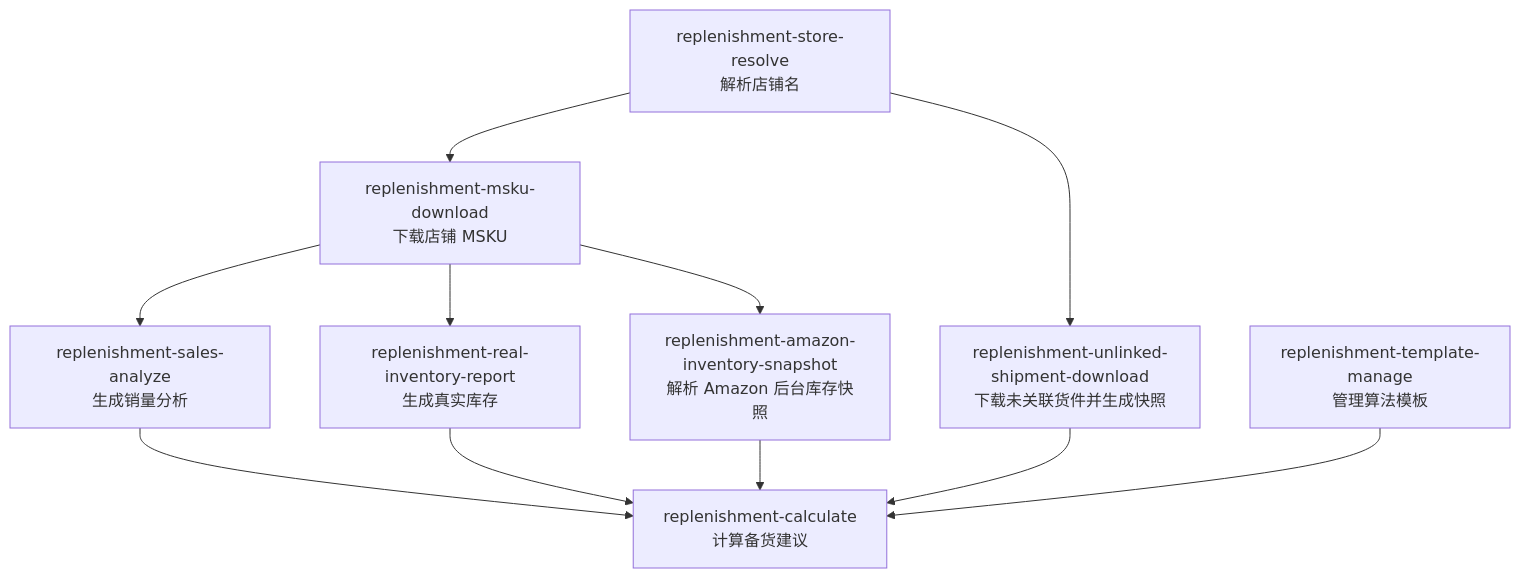
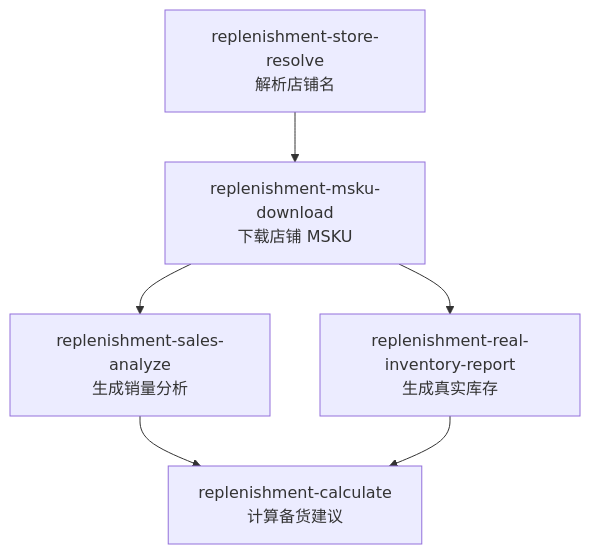
The first of 2 diagrams in skills/replenishment-workflow-map/SKILL.md (LXE123/LXE_AGENT), drawn with Mermaid before and after one commit. The commit also changed other lines of this file and 20 other files, not shown here.

Commit message:
feat(mabang): split Amazon inventory snapshots

````diff
--- a/skills/replenishment-workflow-map/SKILL.md
+++ b/skills/replenishment-workflow-map/SKILL.md
@@ -13,13 +13,8 @@
 ```mermaid
 flowchart TD
   A["replenishment-store-resolve<br/>解析店铺名"] --> B["replenishment-msku-download<br/>下载店铺 MSKU"]
   B --> C["replenishment-sales-analyze<br/>生成销量分析"]
   B --> D["replenishment-real-inventory-report<br/>生成真实库存"]
-  A --> E["replenishment-unlinked-shipment-download<br/>下载未关联货件并生成快照"]
-  B --> H["replenishment-amazon-inventory-snapshot<br/>解析 Amazon 后台库存快照"]
   C --> F["replenishment-calculate<br/>计算备货建议"]
   D --> F
-  E --> F
-  H --> F
-  G["replenishment-template-manage<br/>管理算法模板"] --> F
 ```
````
